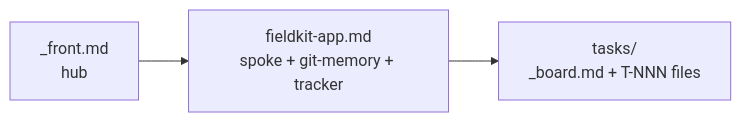
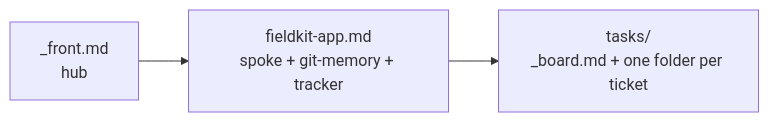
The diagram in framework/examples/README.md (sultanassi95/mission-control), drawn with Mermaid before and after one commit. The commit also changed other lines of this file and 13 other files, not shown here.

First line of the commit message:
feat(framework): flow hardening + distill liftoff conventions into the foundation (#2)

````diff
--- a/framework/examples/README.md
+++ b/framework/examples/README.md
@@ -3,5 +3,5 @@
 ```mermaid
 flowchart LR
   H["_front.md<br/>hub"] --> S["fieldkit-app.md<br/>spoke + git-memory + tracker"]
-  S --> T["tasks/<br/>_board.md + T-NNN files"]
+  S --> T["tasks/<br/>_board.md + one folder per ticket"]
 ```
````
